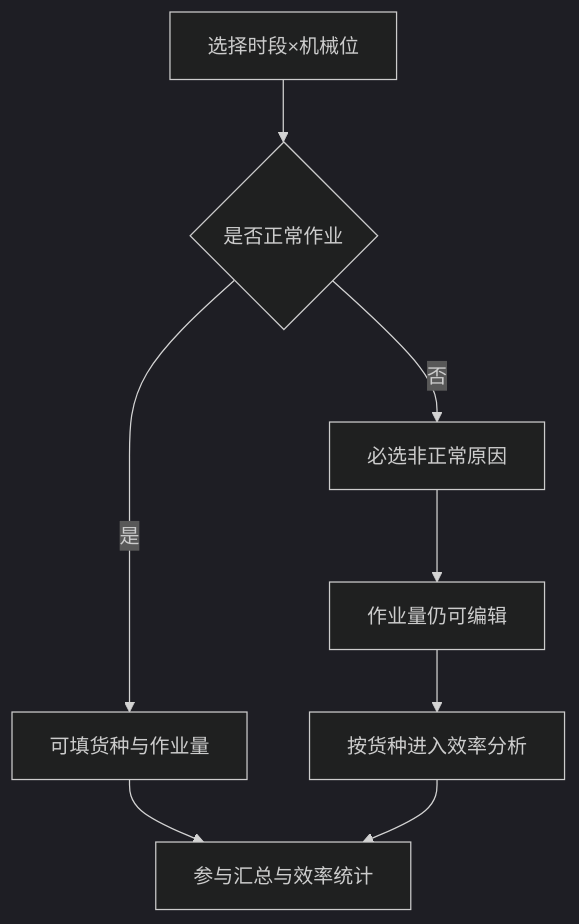
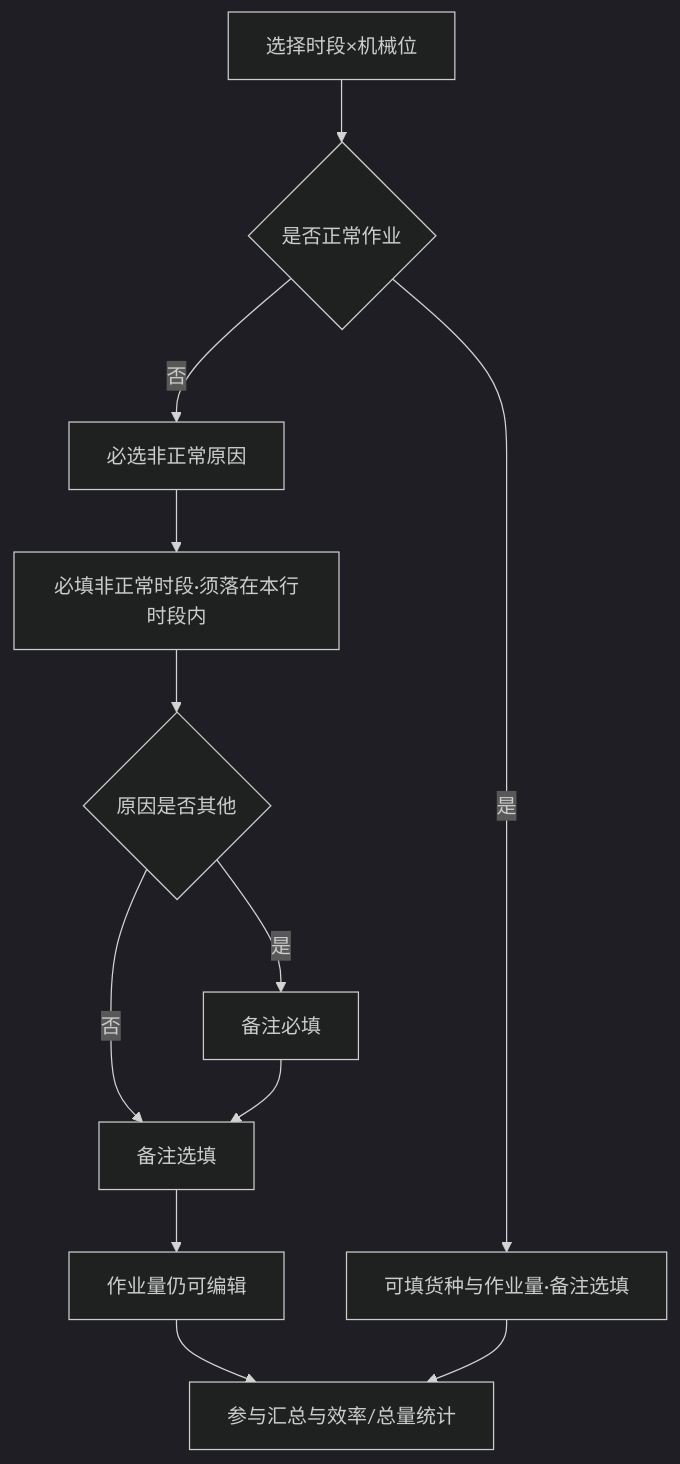
Before and after one commit to liaoliao66/TOS: the second of 6 diagrams in docs/versions/v1.0.0/prd.md, drawn with Mermaid (dark theme). The commit also changed other lines of this file and 9 other files, not shown here.

````diff
--- a/docs/versions/v1.0.0/prd.md
+++ b/docs/versions/v1.0.0/prd.md
@@ -155,10 +155,14 @@
 ```mermaid
 flowchart TD
     A[选择时段×机械位] --> B{是否正常作业}
-    B -->|是| C[可填货种与作业量]
+    B -->|是| C[可填货种与作业量·备注选填]
     B -->|否| D[必选非正常原因]
-    D --> E[作业量仍可编辑]
-    E --> F[按货种进入效率分析]
-    C --> G[参与汇总与效率统计]
-    F --> G
+    D --> D1[必填非正常时段·须落在本行时段内]
+    D1 --> D2{原因是否其他}
+    D2 -->|是| D3[备注必填]
+    D2 -->|否| E[备注选填]
+    D3 --> E
+    E --> F[作业量仍可编辑]
+    F --> G[参与汇总与效率/总量统计]
+    C --> G
 ```
````
